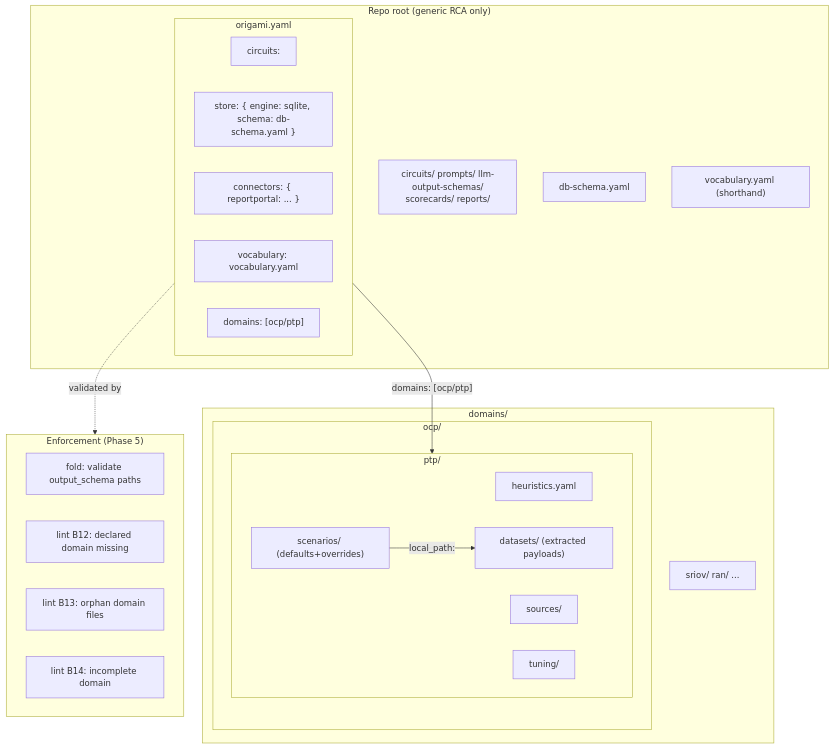
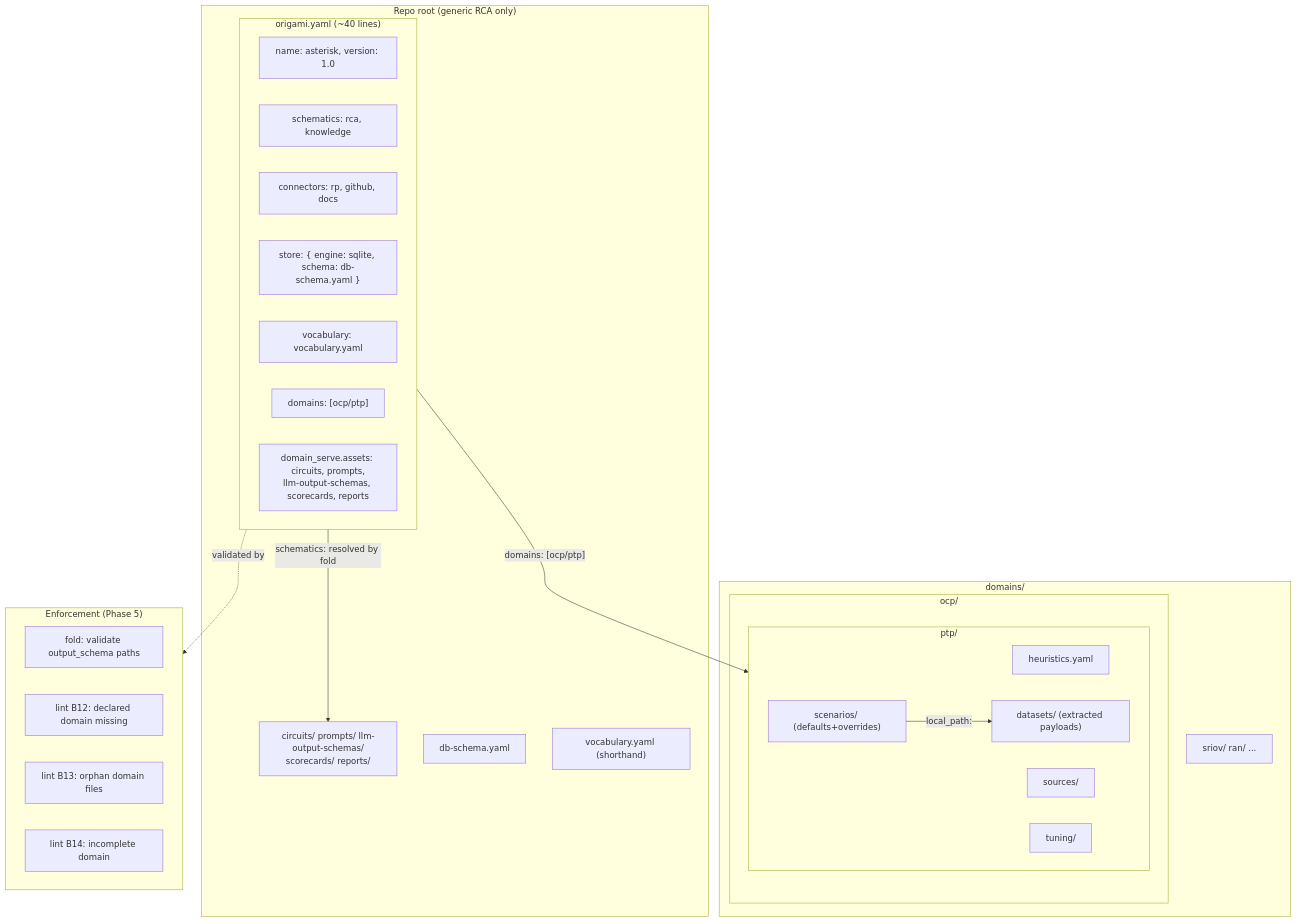
The second of 2 diagrams in .cursor/contracts/draft/dsl/yaml-dx-cleanup.md (dpopsuev/asterisk), drawn with Mermaid before and after one commit. The commit also changed other lines of this file and 26 other files, not shown here.

First line of the commit message:
refactor: yaml-dx-cleanup — domain migration, manifest consolidation

````diff
--- a/.cursor/contracts/draft/dsl/yaml-dx-cleanup.md
+++ b/.cursor/contracts/draft/dsl/yaml-dx-cleanup.md
@@ -93,39 +130,42 @@
 ```mermaid
 flowchart TD
   subgraph root ["Repo root (generic RCA only)"]
-    subgraph manifest ["origami.yaml"]
-      m_circuits["circuits:"]
+    subgraph manifest ["origami.yaml (~40 lines)"]
+      m_identity["name: asterisk, version: 1.0"]
+      m_schematics["schematics: rca, knowledge"]
+      m_connectors["connectors: rp, github, docs"]
       m_store["store: { engine: sqlite, schema: db-schema.yaml }"]
-      m_connectors["connectors: { reportportal: ... }"]
       m_vocab["vocabulary: vocabulary.yaml"]
       m_domains["domains: [ocp/ptp]"]
+      m_assets["domain_serve.assets: circuits, prompts,\nllm-output-schemas, scorecards, reports"]
     end
     generic["circuits/ prompts/ llm-output-schemas/\nscorecards/ reports/"]
     dbschema["db-schema.yaml"]
     vocab2["vocabulary.yaml (shorthand)"]
   end
 
   subgraph domains ["domains/"]
     subgraph ocp ["ocp/"]
       subgraph ptp ["ptp/"]
         heur2["heuristics.yaml"]
         scen2["scenarios/ (defaults+overrides)"]
         src2["sources/"]
         ds2["datasets/ (extracted payloads)"]
         tune2["tuning/"]
       end
     end
     future["sriov/  ran/  ..."]
   end
 
   subgraph enforcement ["Enforcement (Phase 5)"]
     fold_val["fold: validate output_schema paths"]
     b12["lint B12: declared domain missing"]
     b13["lint B13: orphan domain files"]
     b14["lint B14: incomplete domain"]
   end
 
   manifest -->|"domains: [ocp/ptp]"| ptp
+  manifest -->|"schematics: resolved by fold"| generic
   scen2 -->|"local_path:"| ds2
   manifest -.->|"validated by"| enforcement
 ```
````
